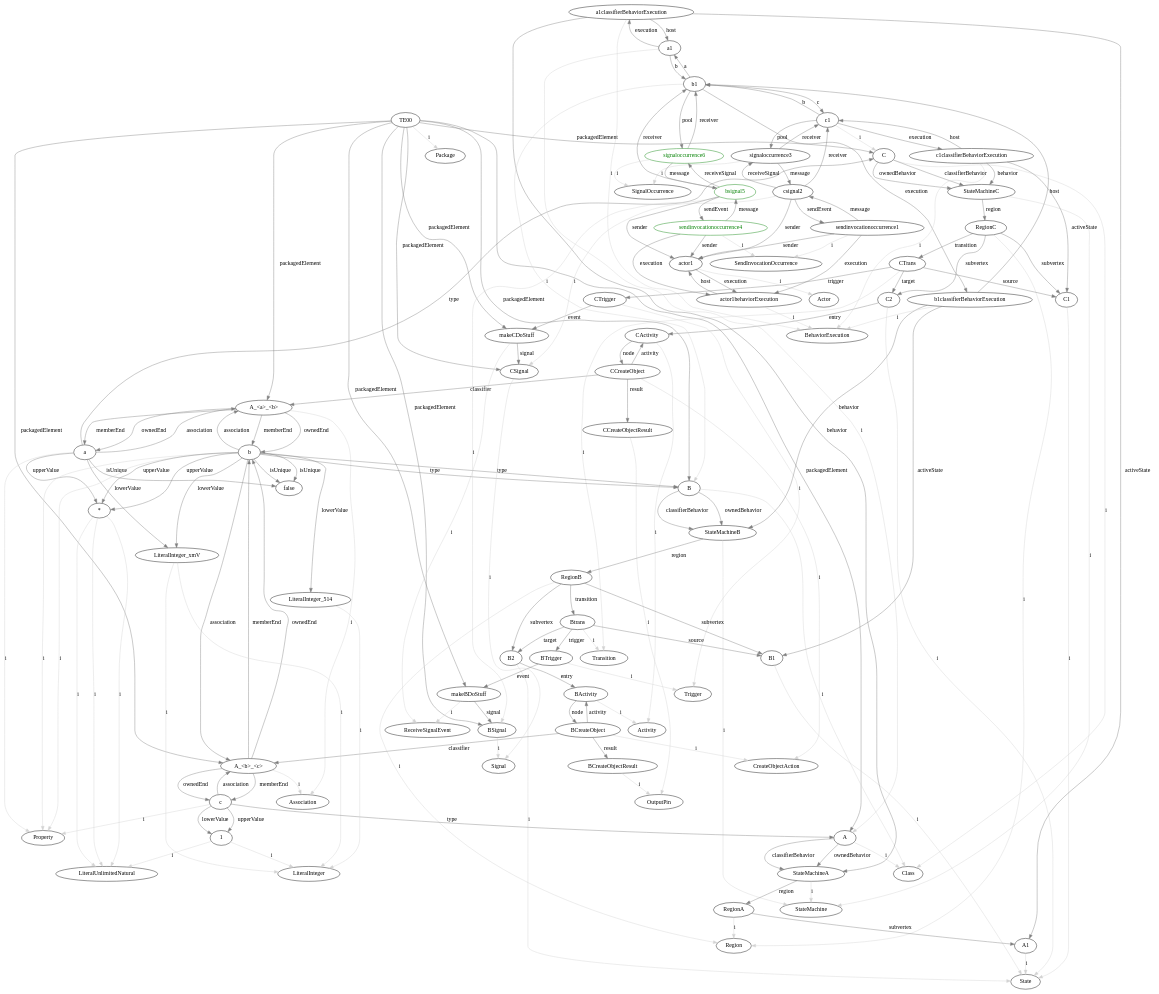
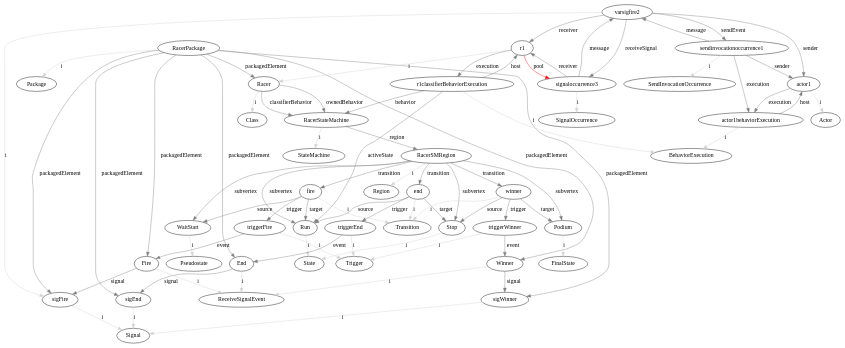
One commit to luisneiva/graf-framework changed the diagram in GraphOutputs/state2.dot. Above: the diagram before and after it, drawn with Graphviz. The commit also changed 13 other files, not shown here.

```diff
--- a/GraphOutputs/state2.dot
+++ b/GraphOutputs/state2.dot
@@ -1,186 +1,77 @@
 digraph umlMetamodel {
-	"TE00" -> "Package" [label="i", color="lightgrey"]
-	"TE00" -> "C" [label="packagedElement", color="grey"]
-	"C" -> "Class" [label="i", color="lightgrey"]
-	"C" -> "StateMachineC" [label="classifierBehavior", color="grey"]
-	"C" -> "StateMachineC" [label="ownedBehavior", color="grey"]
-	"StateMachineC" -> "StateMachine" [label="i", color="lightgrey"]
-	"StateMachineC" -> "RegionC" [label="region", color="grey"]
-	"RegionC" -> "Region" [label="i", color="lightgrey"]
-	"RegionC" -> "C1" [label="subvertex", color="grey"]
-	"C1" -> "State" [label="i", color="lightgrey"]
-	"RegionC" -> "C2" [label="subvertex", color="grey"]
-	"C2" -> "State" [label="i", color="lightgrey"]
-	"C2" -> "CActivity" [label="entry", color="grey"]
-	"CActivity" -> "Activity" [label="i", color="lightgrey"]
-	"CActivity" -> "CCreateObject" [label="node", color="grey"]
-	"CCreateObject" -> "CActivity" [label="activity", color="grey"]
-	"CCreateObject" -> "CreateObjectAction" [label="i", color="lightgrey"]
-	"CCreateObject" -> "A_<a>_<b>" [label="classifier", color="grey"]
-	"CCreateObject" -> "CCreateObjectResult" [label="result", color="grey"]
-	"CCreateObjectResult" -> "OutputPin" [label="i", color="lightgrey"]
-	"RegionC" -> "CTrans" [label="transition", color="grey"]
-	"CTrans" -> "Transition" [label="i", color="lightgrey"]
-	"CTrans" -> "C1" [label="source", color="grey"]
-	"CTrans" -> "C2" [label="target", color="grey"]
-	"CTrans" -> "CTrigger" [label="trigger", color="grey"]
-	"CTrigger" -> "Trigger" [label="i", color="lightgrey"]
-	"CTrigger" -> "makeCDoStuff" [label="event", color="grey"]
-	"TE00" -> "B" [label="packagedElement", color="grey"]
-	"B" -> "Class" [label="i", color="lightgrey"]
-	"B" -> "StateMachineB" [label="classifierBehavior", color="grey"]
-	"B" -> "StateMachineB" [label="ownedBehavior", color="grey"]
-	"StateMachineB" -> "StateMachine" [label="i", color="lightgrey"]
-	"StateMachineB" -> "RegionB" [label="region", color="grey"]
-	"RegionB" -> "Region" [label="i", color="lightgrey"]
-	"RegionB" -> "B1" [label="subvertex", color="grey"]
-	"B1" -> "State" [label="i", color="lightgrey"]
-	"RegionB" -> "B2" [label="subvertex", color="grey"]
-	"B2" -> "State" [label="i", color="lightgrey"]
-	"B2" -> "BActivity" [label="entry", color="grey"]
-	"BActivity" -> "Activity" [label="i", color="lightgrey"]
-	"BActivity" -> "BCreateObject" [label="node", color="grey"]
-	"BCreateObject" -> "BActivity" [label="activity", color="grey"]
-	"BCreateObject" -> "CreateObjectAction" [label="i", color="lightgrey"]
-	"BCreateObject" -> "A_<b>_<c>" [label="classifier", color="grey"]
-	"BCreateObject" -> "BCreateObjectResult" [label="result", color="grey"]
-	"BCreateObjectResult" -> "OutputPin" [label="i", color="lightgrey"]
-	"RegionB" -> "Btrans" [label="transition", color="grey"]
-	"Btrans" -> "Transition" [label="i", color="lightgrey"]
-	"Btrans" -> "B1" [label="source", color="grey"]
-	"Btrans" -> "B2" [label="target", color="grey"]
-	"Btrans" -> "BTrigger" [label="trigger", color="grey"]
-	"BTrigger" -> "Trigger" [label="i", color="lightgrey"]
-	"BTrigger" -> "makeBDoStuff" [label="event", color="grey"]
-	"TE00" -> "A" [label="packagedElement", color="grey"]
-	"A" -> "Class" [label="i", color="lightgrey"]
-	"A" -> "StateMachineA" [label="classifierBehavior", color="grey"]
-	"A" -> "StateMachineA" [label="ownedBehavior", color="grey"]
-	"StateMachineA" -> "StateMachine" [label="i", color="lightgrey"]
-	"StateMachineA" -> "RegionA" [label="region", color="grey"]
-	"RegionA" -> "Region" [label="i", color="lightgrey"]
-	"RegionA" -> "A1" [label="subvertex", color="grey"]
-	"A1" -> "State" [label="i", color="lightgrey"]
-	"TE00" -> "A_<a>_<b>" [label="packagedElement", color="grey"]
-	"A_<a>_<b>" -> "Association" [label="i", color="lightgrey"]
-	"A_<a>_<b>" -> "a" [label="memberEnd", color="grey"]
-	"A_<a>_<b>" -> "b" [label="memberEnd", color="grey"]
-	"A_<a>_<b>" -> "a" [label="ownedEnd", color="grey"]
-	"a" -> "Property" [label="i", color="lightgrey"]
-	"a" -> "C" [label="type", color="grey"]
-	"a" -> "false" [label="isUnique", color="grey"]
-	"a" -> "A_<a>_<b>" [label="association", color="grey"]
-	"a" -> "*" [label="upperValue", color="grey"]
-	"*" -> "LiteralUnlimitedNatural" [label="i", color="lightgrey"]
-	"a" -> "LiteralInteger_xmV" [label="lowerValue", color="grey"]
-	"LiteralInteger_xmV" -> "LiteralInteger" [label="i", color="lightgrey"]
-	"A_<a>_<b>" -> "b" [label="ownedEnd", color="grey"]
-	"b" -> "Property" [label="i", color="lightgrey"]
-	"b" -> "B" [label="type", color="grey"]
-	"b" -> "false" [label="isUnique", color="grey"]
-	"b" -> "A_<a>_<b>" [label="association", color="grey"]
-	"b" -> "*" [label="upperValue", color="grey"]
-	"*" -> "LiteralUnlimitedNatural" [label="i", color="lightgrey"]
-	"b" -> "LiteralInteger_xmV" [label="lowerValue", color="grey"]
-	"LiteralInteger_xmV" -> "LiteralInteger" [label="i", color="lightgrey"]
-	"TE00" -> "A_<b>_<c>" [label="packagedElement", color="grey"]
-	"A_<b>_<c>" -> "Association" [label="i", color="lightgrey"]
-	"A_<b>_<c>" -> "b" [label="memberEnd", color="grey"]
-	"A_<b>_<c>" -> "c" [label="memberEnd", color="grey"]
-	"A_<b>_<c>" -> "b" [label="ownedEnd", color="grey"]
-	"b" -> "Property" [label="i", color="lightgrey"]
-	"b" -> "B" [label="type", color="grey"]
-	"b" -> "false" [label="isUnique", color="grey"]
-	"b" -> "A_<b>_<c>" [label="association", color="grey"]
-	"b" -> "*" [label="upperValue", color="grey"]
-	"*" -> "LiteralUnlimitedNatural" [label="i", color="lightgrey"]
-	"b" -> "LiteralInteger_514" [label="lowerValue", color="grey"]
-	"LiteralInteger_514" -> "LiteralInteger" [label="i", color="lightgrey"]
-	"A_<b>_<c>" -> "c" [label="ownedEnd", color="grey"]
-	"c" -> "Property" [label="i", color="lightgrey"]
-	"c" -> "A" [label="type", color="grey"]
-	"c" -> "A_<b>_<c>" [label="association", color="grey"]
-	"c" -> "1" [label="upperValue", color="grey"]
-	"1" -> "LiteralUnlimitedNatural" [label="i", color="lightgrey"]
-	"c" -> "1" [label="lowerValue", color="grey"]
-	"1" -> "LiteralInteger" [label="i", color="lightgrey"]
-	"TE00" -> "BSignal" [label="packagedElement", color="grey"]
-	"BSignal" -> "Signal" [label="i", color="lightgrey"]
-	"TE00" -> "makeBDoStuff" [label="packagedElement", color="grey"]
-	"makeBDoStuff" -> "ReceiveSignalEvent" [label="i", color="lightgrey"]
-	"makeBDoStuff" -> "BSignal" [label="signal", color="grey"]
-	"TE00" -> "CSignal" [label="packagedElement", color="grey"]
-	"CSignal" -> "Signal" [label="i", color="lightgrey"]
-	"TE00" -> "makeCDoStuff" [label="packagedElement", color="grey"]
-	"makeCDoStuff" -> "ReceiveSignalEvent" [label="i", color="lightgrey"]
-	"makeCDoStuff" -> "CSignal" [label="signal", color="grey"]
-	"a1" -> "A" [label="i", color="lightgrey"]
-	"a1classifierBehaviorExecution" -> "BehaviorExecution" [label="i", color="lightgrey"]
-	"a1" -> "a1classifierBehaviorExecution" [label="execution", color="grey"]
-	"a1classifierBehaviorExecution" -> "a1" [label="host", color="grey"]
-	"a1classifierBehaviorExecution" -> "StateMachineA" [label="behavior", color="grey"]
-	"a1classifierBehaviorExecution" -> "A1" [label="activeState", color="grey"]
-	"b1" -> "B" [label="i", color="lightgrey"]
-	"b1classifierBehaviorExecution" -> "BehaviorExecution" [label="i", color="lightgrey"]
-	"b1" -> "b1classifierBehaviorExecution" [label="execution", color="grey"]
-	"b1classifierBehaviorExecution" -> "b1" [label="host", color="grey"]
-	"b1classifierBehaviorExecution" -> "StateMachineB" [label="behavior", color="grey"]
-	"b1classifierBehaviorExecution" -> "B1" [label="activeState", color="grey"]
-	"c1" -> "C" [label="i", color="lightgrey"]
-	"c1classifierBehaviorExecution" -> "BehaviorExecution" [label="i", color="lightgrey"]
-	"c1" -> "c1classifierBehaviorExecution" [label="execution", color="grey"]
-	"c1classifierBehaviorExecution" -> "c1" [label="host", color="grey"]
-	"c1classifierBehaviorExecution" -> "StateMachineC" [label="behavior", color="grey"]
-	"c1classifierBehaviorExecution" -> "C1" [label="activeState", color="grey"]
-	"a1" -> "b1" [label="b", color="grey"]
-	"b1" -> "a1" [label="a", color="grey"]
-	"b1" -> "c1" [label="c", color="grey"]
-	"c1" -> "b1" [label="b", color="grey"]
+	"RacerPackage" -> "Package" [label="i", color="lightgrey"]
+	"RacerPackage" -> "Racer" [label="packagedElement", color="grey"]
+	"Racer" -> "Class" [label="i", color="lightgrey"]
+	"Racer" -> "RacerStateMachine" [label="classifierBehavior", color="grey"]
+	"Racer" -> "RacerStateMachine" [label="ownedBehavior", color="grey"]
+	"RacerStateMachine" -> "StateMachine" [label="i", color="lightgrey"]
+	"RacerStateMachine" -> "RacerSMRegion" [label="region", color="grey"]
+	"RacerSMRegion" -> "Region" [label="i", color="lightgrey"]
+	"RacerSMRegion" -> "WaitStart" [label="subvertex", color="grey"]
+	"WaitStart" -> "Pseudostate" [label="i", color="lightgrey"]
+	"RacerSMRegion" -> "Run" [label="subvertex", color="grey"]
+	"Run" -> "State" [label="i", color="lightgrey"]
+	"RacerSMRegion" -> "Stop" [label="subvertex", color="grey"]
+	"Stop" -> "State" [label="i", color="lightgrey"]
+	"RacerSMRegion" -> "Podium" [label="subvertex", color="grey"]
+	"Podium" -> "FinalState" [label="i", color="lightgrey"]
+	"RacerSMRegion" -> "fire" [label="transition", color="grey"]
+	"fire" -> "Transition" [label="i", color="lightgrey"]
+	"fire" -> "WaitStart" [label="source", color="grey"]
+	"fire" -> "Run" [label="target", color="grey"]
+	"triggerFire" -> "Trigger" [label="i", color="lightgrey"]
+	"RacerSMRegion" -> "end" [label="transition", color="grey"]
+	"end" -> "Transition" [label="i", color="lightgrey"]
+	"end" -> "Run" [label="source", color="grey"]
+	"end" -> "Stop" [label="target", color="grey"]
+	"end" -> "triggerEnd" [label="trigger", color="grey"]
+	"triggerEnd" -> "Trigger" [label="i", color="lightgrey"]
+	"triggerEnd" -> "End" [label="event", color="grey"]
+	"RacerSMRegion" -> "winner" [label="transition", color="grey"]
+	"winner" -> "Transition" [label="i", color="lightgrey"]
+	"winner" -> "Stop" [label="source", color="grey"]
+	"winner" -> "Podium" [label="target", color="grey"]
+	"winner" -> "triggerWinner" [label="trigger", color="grey"]
+	"triggerWinner" -> "Trigger" [label="i", color="lightgrey"]
+	"triggerWinner" -> "Winner" [label="event", color="grey"]
+	"RacerPackage" -> "sigFire" [label="packagedElement", color="grey"]
+	"sigFire" -> "Signal" [label="i", color="lightgrey"]
+	"RacerPackage" -> "Fire" [label="packagedElement", color="grey"]
+	"Fire" -> "ReceiveSignalEvent" [label="i", color="lightgrey"]
+	"Fire" -> "sigFire" [label="signal", color="grey"]
+	"RacerPackage" -> "sigEnd" [label="packagedElement", color="grey"]
+	"sigEnd" -> "Signal" [label="i", color="lightgrey"]
+	"RacerPackage" -> "End" [label="packagedElement", color="grey"]
+	"End" -> "ReceiveSignalEvent" [label="i", color="lightgrey"]
+	"End" -> "sigEnd" [label="signal", color="grey"]
+	"RacerPackage" -> "sigWinner" [label="packagedElement", color="grey"]
+	"sigWinner" -> "Signal" [label="i", color="lightgrey"]
+	"RacerPackage" -> "Winner" [label="packagedElement", color="grey"]
+	"Winner" -> "ReceiveSignalEvent" [label="i", color="lightgrey"]
+	"Winner" -> "sigWinner" [label="signal", color="grey"]
+	"r1" -> "Racer" [label="i", color="lightgrey"]
+	"r1classifierBehaviorExecution" -> "BehaviorExecution" [label="i", color="lightgrey"]
+	"r1" -> "r1classifierBehaviorExecution" [label="execution", color="grey"]
+	"r1classifierBehaviorExecution" -> "r1" [label="host", color="grey"]
+	"r1classifierBehaviorExecution" -> "RacerStateMachine" [label="behavior", color="grey"]
 	"actor1" -> "Actor" [label="i", color="lightgrey"]
 	"actor1behaviorExecution" -> "BehaviorExecution" [label="i", color="lightgrey"]
 	"actor1" -> "actor1behaviorExecution" [label="execution", color="grey"]
 	"actor1behaviorExecution" -> "actor1" [label="host", color="grey"]
 	"sendinvocationoccurrence1" -> "SendInvocationOccurrence" [label="i", color="lightgrey"]
-	"sendinvocationoccurrence1" -> "csignal2" [label="message", color="grey"]
-	"csignal2" -> "sendinvocationoccurrence1" [label="sendEvent", color="grey"]
-	"csignal2" -> "signaloccurrence3" [label="receiveSignal", color="grey"]
-	"signaloccurrence3" -> "csignal2" [label="message", color="grey"]
+	"sendinvocationoccurrence1" -> "varsigfire2" [label="message", color="grey"]
+	"varsigfire2" -> "sendinvocationoccurrence1" [label="sendEvent", color="grey"]
+	"varsigfire2" -> "signaloccurrence3" [label="receiveSignal", color="grey"]
+	"signaloccurrence3" -> "varsigfire2" [label="message", color="grey"]
 	"signaloccurrence3" -> "SignalOccurrence" [label="i", color="lightgrey"]
-	"csignal2" -> "CSignal" [label="i", color="lightgrey"]
-	"signaloccurrence3" -> "c1" [label="receiver", color="grey"]
-	"c1" -> "signaloccurrence3" [label="pool", color="grey"]
-	"csignal2" -> "actor1" [label="sender", color="grey"]
+	"varsigfire2" -> "sigFire" [label="i", color="lightgrey"]
+	"signaloccurrence3" -> "r1" [label="receiver", color="grey"]
+	"varsigfire2" -> "actor1" [label="sender", color="grey"]
 	"sendinvocationoccurrence1" -> "actor1" [label="sender", color="grey"]
-	"csignal2" -> "c1" [label="receiver", color="grey"]
+	"varsigfire2" -> "r1" [label="receiver", color="grey"]
 	"sendinvocationoccurrence1" -> "actor1behaviorExecution" [label="execution", color="grey"]
-	"sendinvocationoccurrence4" -> "SendInvocationOccurrence" [label="i", color="lightgrey"]
-	"sendinvocationoccurrence4" [color="green", fontcolor="green"]
-	"sendinvocationoccurrence4" -> "bsignal5" [label="message", color="grey"]
-	"sendinvocationoccurrence4" [color="green", fontcolor="green"]
-	"bsignal5" [color="green", fontcolor="green"]
-	"bsignal5" -> "sendinvocationoccurrence4" [label="sendEvent", color="grey"]
-	"bsignal5" [color="green", fontcolor="green"]
-	"sendinvocationoccurrence4" [color="green", fontcolor="green"]
-	"bsignal5" -> "signaloccurrence6" [label="receiveSignal", color="grey"]
-	"bsignal5" [color="green", fontcolor="green"]
-	"signaloccurrence6" [color="green", fontcolor="green"]
-	"signaloccurrence6" -> "bsignal5" [label="message", color="grey"]
-	"signaloccurrence6" [color="green", fontcolor="green"]
-	"bsignal5" [color="green", fontcolor="green"]
-	"signaloccurrence6" -> "SignalOccurrence" [label="i", color="lightgrey"]
-	"signaloccurrence6" [color="green", fontcolor="green"]
-	"bsignal5" -> "BSignal" [label="i", color="lightgrey"]
-	"bsignal5" [color="green", fontcolor="green"]
-	"signaloccurrence6" -> "b1" [label="receiver", color="grey"]
-	"signaloccurrence6" [color="green", fontcolor="green"]
-	"b1" -> "signaloccurrence6" [label="pool", color="grey"]
-	"signaloccurrence6" [color="green", fontcolor="green"]
-	"bsignal5" -> "actor1" [label="sender", color="grey"]
-	"bsignal5" [color="green", fontcolor="green"]
-	"sendinvocationoccurrence4" -> "actor1" [label="sender", color="grey"]
-	"sendinvocationoccurrence4" [color="green", fontcolor="green"]
-	"bsignal5" -> "b1" [label="receiver", color="grey"]
-	"bsignal5" [color="green", fontcolor="green"]
-	"sendinvocationoccurrence4" -> "actor1behaviorExecution" [label="execution", color="grey"]
-	"sendinvocationoccurrence4" [color="green", fontcolor="green"]
+	"triggerFire" -> "Fire" [label="event", color="grey"]
+	"fire" -> "triggerFire" [label="trigger", color="grey"]
+	"r1classifierBehaviorExecution" -> "Run" [label="activeState", color="grey"]
+	"r1" -> "signaloccurrence3" [label="pool", color="red"]
 }
```
